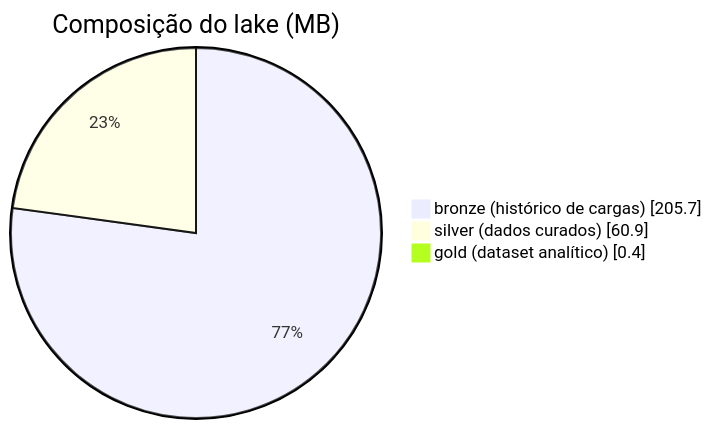
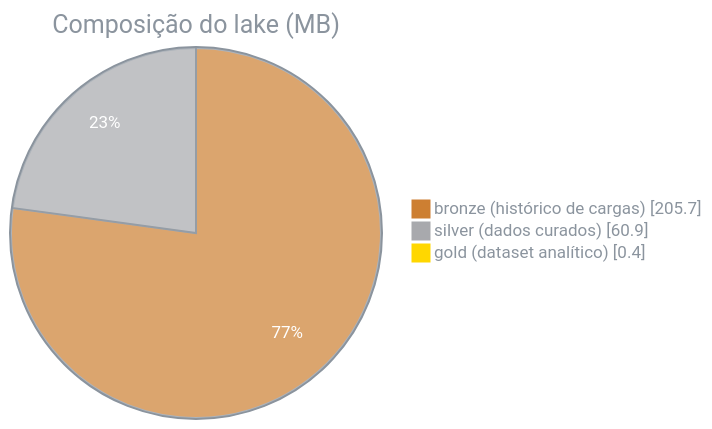
Before and after one commit to pedrohm1986b/Tech_Challenge_RM373453_pipeline_alfabetizacao: the second of 3 diagrams in README.md, drawn with Mermaid.

Commit message:
docs: cores do medalhao no grafico de composicao do lake
O tema escuro do GitHub deixava a fatia da Bronze invisivel (preto
sobre preto). As fatias agora usam as cores tematicas das camadas
(bronze, prata e ouro), com textos em tom neutro legivel nos dois
temas, fixadas na configuracao do proprio Mermaid.

````diff
--- a/README.md
+++ b/README.md
@@ -292,6 +292,11 @@
 ```mermaid
+%%{init: {'theme': 'base', 'themeVariables': {
+    'pie1': '#cd7f32', 'pie2': '#a8a9ad', 'pie3': '#ffd700',
+    'pieTitleTextColor': '#8b949e', 'pieLegendTextColor': '#8b949e',
+    'pieSectionTextColor': '#ffffff',
+    'pieStrokeColor': '#8b949e', 'pieOuterStrokeColor': '#8b949e'}}}%%
 pie showData title Composição do lake (MB)
     "bronze (histórico de cargas)" : 205.7
     "silver (dados curados)" : 60.9
     "gold (dataset analítico)" : 0.4
 ```
````
